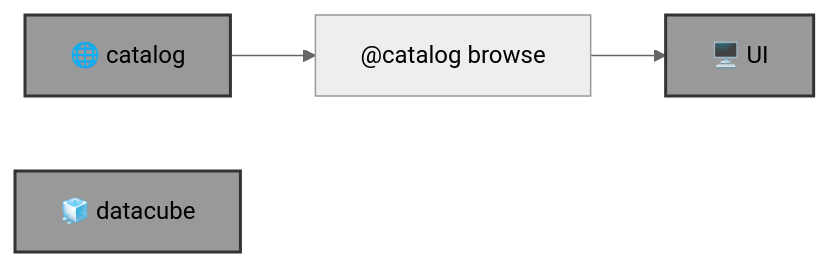
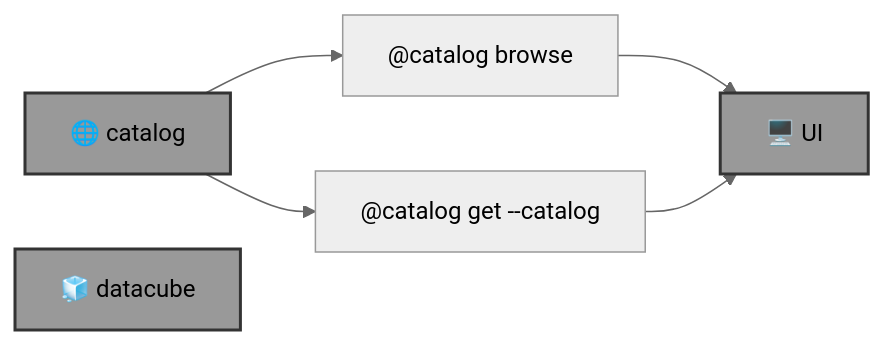
Before and after one commit to kamangir/blue-geo: the diagram in template.md, drawn with Mermaid (neutral theme). The commit also changed 3 other files, not shown here.

````diff
--- a/template.md
+++ b/template.md
@@ -9,13 +9,17 @@
 ```mermaid
 graph LR
     catalog_browse["@catalog browse <catalog-name> <resource>"]
+    catalog_get["@catalog get <thing> --catalog <catalog>"]
 
     catalog["🌐 catalog"]:::folder
     datacube_id["🧊 datacube"]:::folder
     UI["🖥️ UI"]:::folder
 
     catalog --> catalog_browse
     catalog_browse --> UI
 
+    catalog --> catalog_get
+    catalog_get --> UI
+
     classDef folder fill:#999,stroke:#333,stroke-width:2px;
 ```
````
